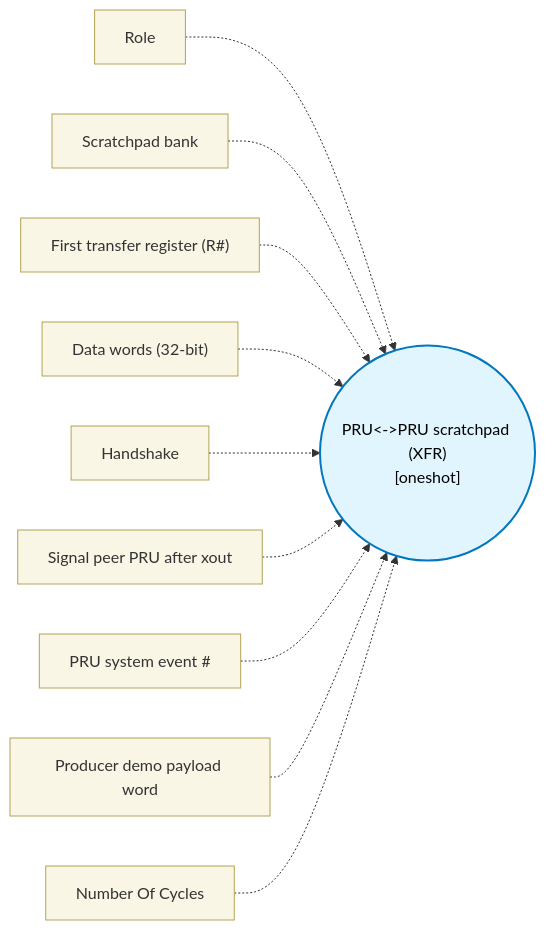
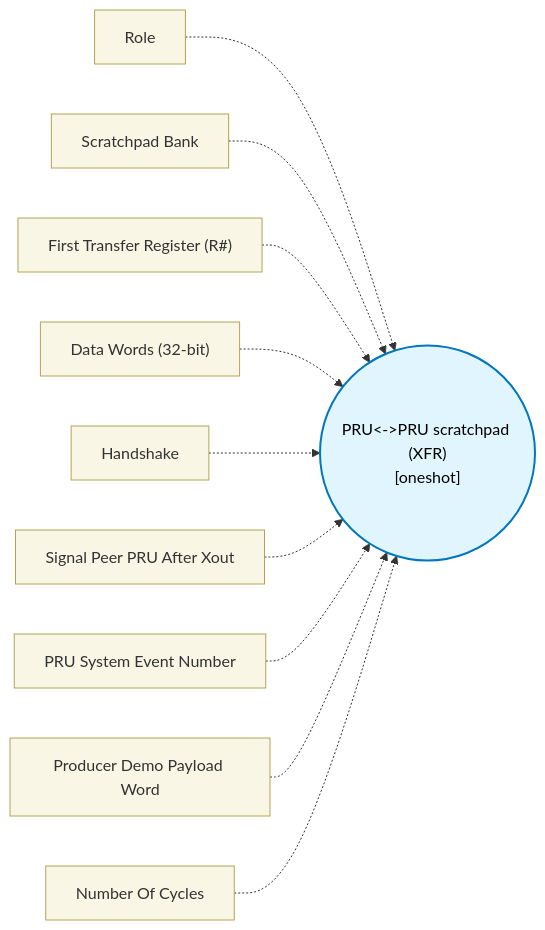
The diagram in docs/block-reference/blocks/pru_spad_block/design.md (TexasInstruments/pru-no-code-tool), drawn with Mermaid before and after one commit. The commit also changed other lines of this file and 89 other files, not shown here.

````diff
--- a/docs/block-reference/blocks/pru_spad_block/design.md
+++ b/docs/block-reference/blocks/pru_spad_block/design.md
@@ -11,15 +11,15 @@
 ```mermaid
 flowchart LR
   classDef config fill:#f9f6e5,stroke:#b1a457,stroke-width:1px,color:#333;
   classDef core fill:#e1f5fe,stroke:#0277bd,stroke-width:2px,color:#000;
   CORE(("PRU<->PRU scratchpad (XFR)\n[oneshot]")):::core
   CFG0["Role"]:::config -.-> CORE
-  CFG1["Scratchpad bank"]:::config -.-> CORE
-  CFG2["First transfer register (R#)"]:::config -.-> CORE
-  CFG3["Data words (32-bit)"]:::config -.-> CORE
+  CFG1["Scratchpad Bank"]:::config -.-> CORE
+  CFG2["First Transfer Register (R#)"]:::config -.-> CORE
+  CFG3["Data Words (32-bit)"]:::config -.-> CORE
   CFG4["Handshake"]:::config -.-> CORE
-  CFG5["Signal peer PRU after xout"]:::config -.-> CORE
-  CFG6["PRU system event #"]:::config -.-> CORE
-  CFG7["Producer demo payload word"]:::config -.-> CORE
+  CFG5["Signal Peer PRU After Xout"]:::config -.-> CORE
+  CFG6["PRU System Event Number"]:::config -.-> CORE
+  CFG7["Producer Demo Payload Word"]:::config -.-> CORE
   CFG8["Number Of Cycles"]:::config -.-> CORE
 ```
````
